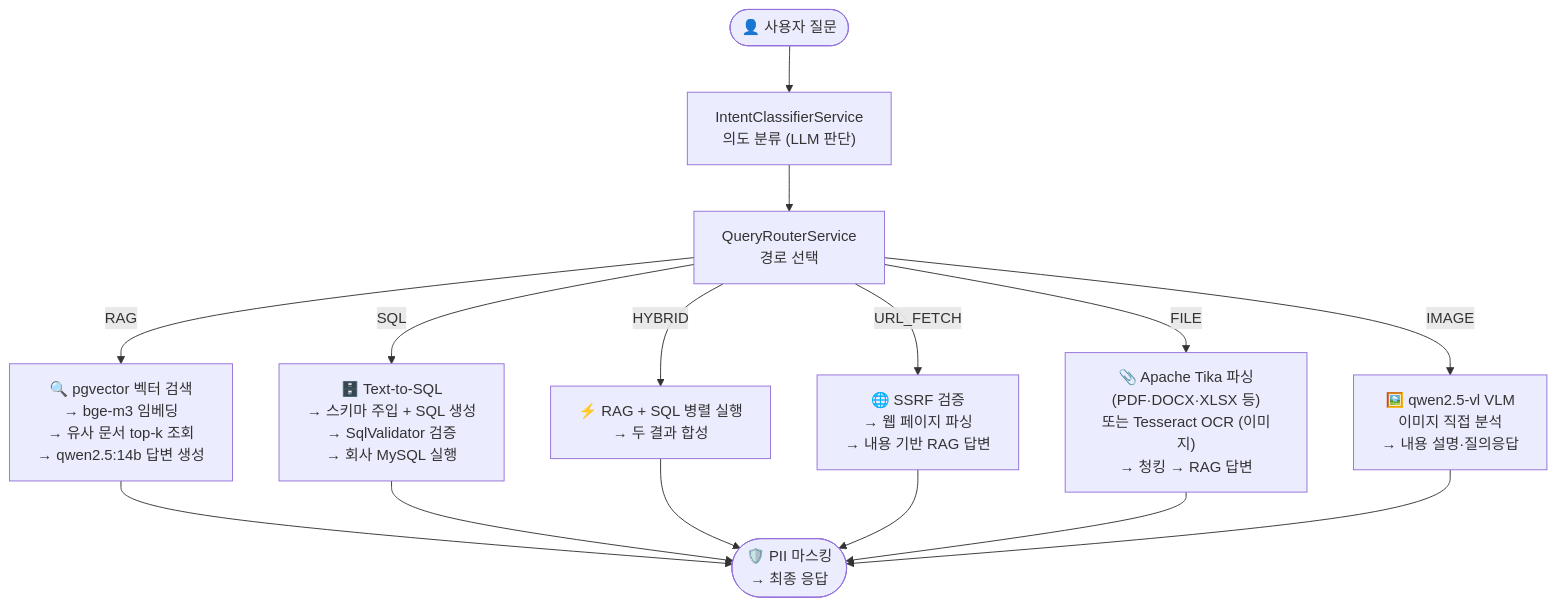
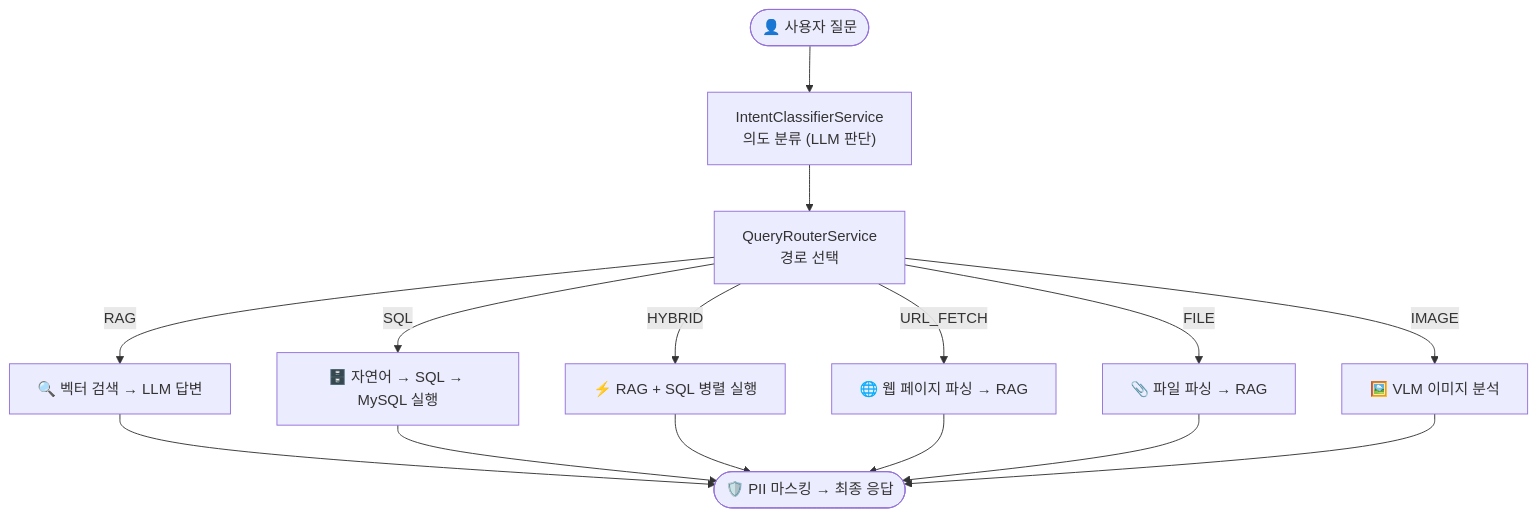
One commit to nittre/ragvault changed the first of 4 diagrams in README.md. Above: the diagram before and after it, drawn with Mermaid. The commit also changed other lines of this file, not shown here.

First line of the commit message:
docs(readme): README 전면 개편 + mermaid 문법 수정

````diff
--- a/README.md
+++ b/README.md
@@ -83,22 +67,22 @@
 ```mermaid
 flowchart TD
     U(["👤 사용자 질문"])
     IC["IntentClassifierService\n의도 분류 (LLM 판단)"]
     QR["QueryRouterService\n경로 선택"]
 
     U --> IC --> QR
 
-    QR -->|RAG| R["🔍 pgvector 벡터 검색\n→ bge-m3 임베딩\n→ 유사 문서 top-k 조회\n→ qwen2.5:14b 답변 생성"]
-    QR -->|SQL| S["🗄️ Text-to-SQL\n→ 스키마 주입 + SQL 생성\n→ SqlValidator 검증\n→ 회사 MySQL 실행"]
-    QR -->|HYBRID| H["⚡ RAG + SQL 병렬 실행\n→ 두 결과 합성"]
-    QR -->|URL_FETCH| UF["🌐 SSRF 검증\n→ 웹 페이지 파싱\n→ 내용 기반 RAG 답변"]
-    QR -->|FILE| F["📎 Apache Tika 파싱\n(PDF·DOCX·XLSX 등)\n또는 Tesseract OCR (이미지)\n→ 청킹 → RAG 답변"]
-    QR -->|IMAGE| I["🖼️ qwen2.5-vl VLM\n이미지 직접 분석\n→ 내용 설명·질의응답"]
+    QR -->|RAG| R["🔍 벡터 검색 → LLM 답변"]
+    QR -->|SQL| S["🗄️ 자연어 → SQL → MySQL 실행"]
+    QR -->|HYBRID| H["⚡ RAG + SQL 병렬 실행"]
+    QR -->|URL_FETCH| UF["🌐 웹 페이지 파싱 → RAG"]
+    QR -->|FILE| F["📎 파일 파싱 → RAG"]
+    QR -->|IMAGE| I["🖼️ VLM 이미지 분석"]
 
-    R --> P(["🛡️ PII 마스킹\n→ 최종 응답"])
+    R --> P(["🛡️ PII 마스킹 → 최종 응답"])
     S --> P
     H --> P
     UF --> P
     F --> P
     I --> P
 ```
````
